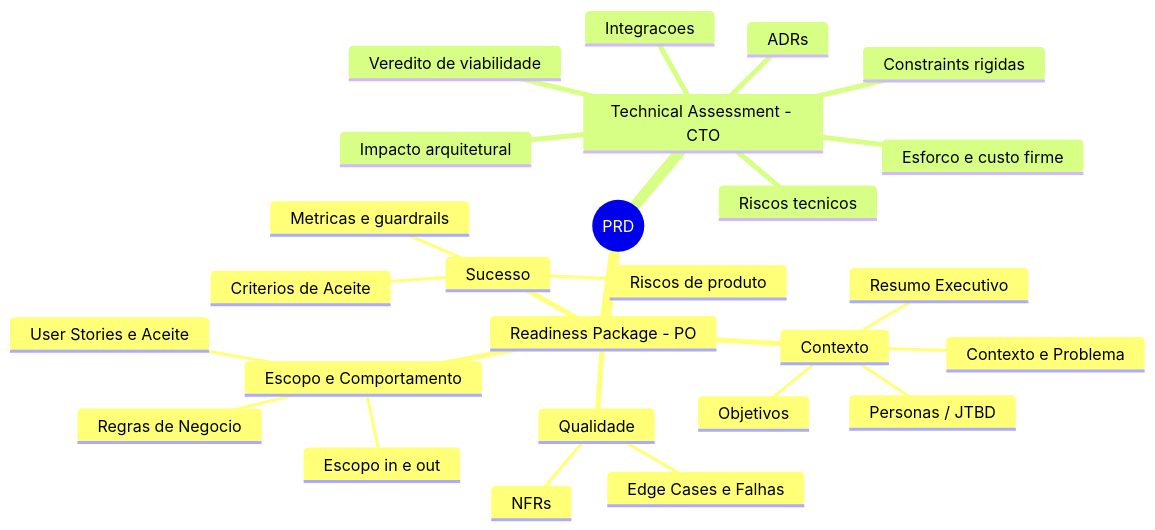
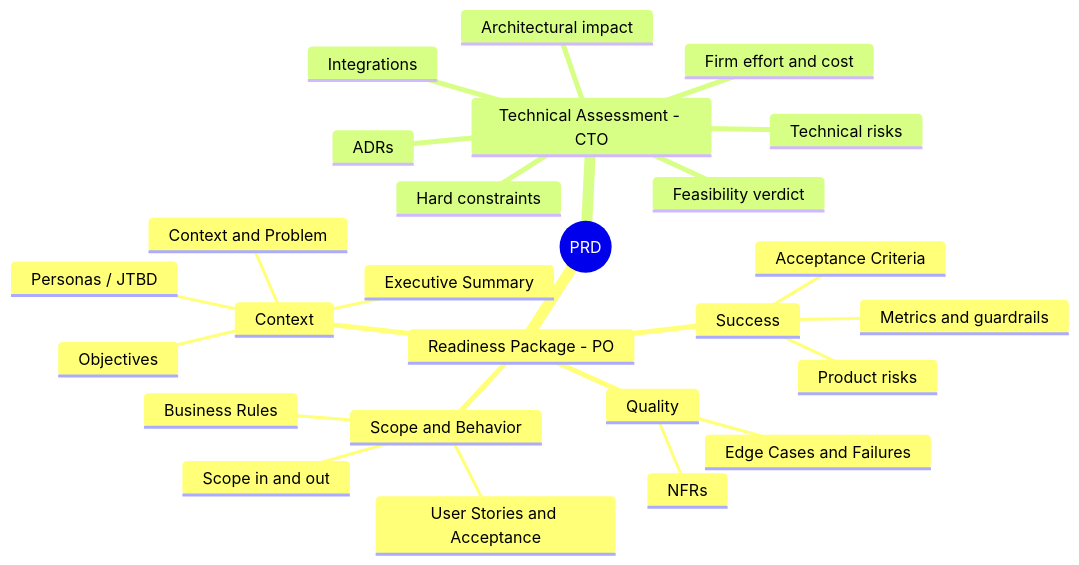
Before and after one commit to hugo-hsbtech/teamwork-process: the fourth of 11 diagrams in README.md, drawn with Mermaid. The commit also changed other lines of this file and 63 other files, not shown here.

````diff
--- a/README.md
+++ b/README.md
@@ -259,29 +259,29 @@
 ```mermaid
 mindmap
   root((PRD))
     Readiness Package - PO
-      Contexto
-        Resumo Executivo
-        Contexto e Problema
-        Objetivos
+      Context
+        Executive Summary
+        Context and Problem
+        Objectives
         Personas / JTBD
-      Escopo e Comportamento
-        Escopo in e out
-        Regras de Negocio
-        User Stories e Aceite
-      Qualidade
+      Scope and Behavior
+        Scope in and out
+        Business Rules
+        User Stories and Acceptance
+      Quality
         NFRs
-        Edge Cases e Falhas
-      Sucesso
-        Metricas e guardrails
-        Criterios de Aceite
-        Riscos de produto
+        Edge Cases and Failures
+      Success
+        Metrics and guardrails
+        Acceptance Criteria
+        Product risks
     Technical Assessment - CTO
-      Veredito de viabilidade
-      Impacto arquitetural
-      Integracoes
-      Constraints rigidas
-      Riscos tecnicos
+      Feasibility verdict
+      Architectural impact
+      Integrations
+      Hard constraints
+      Technical risks
       ADRs
-      Esforco e custo firme
+      Firm effort and cost
 ```
````
